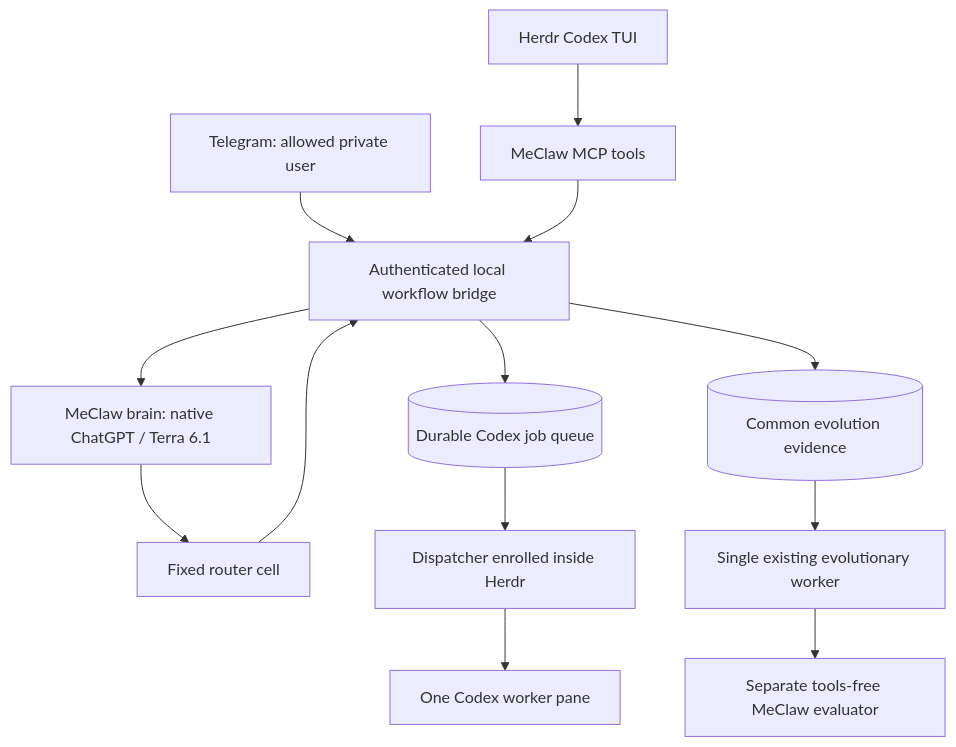
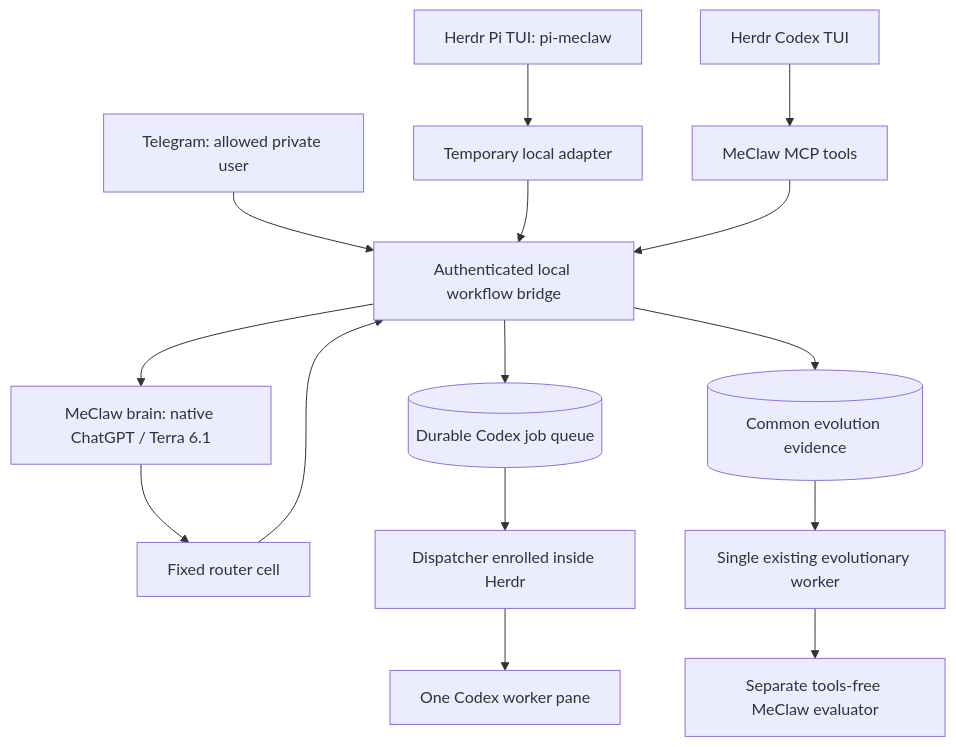
Before and after one commit to evian2389/guix-system: the diagram in doc/ai-workflow/MECLAW.md, drawn with Mermaid. The commit also changed other lines of this file and 9 other files, not shown here.

````diff
--- a/doc/ai-workflow/MECLAW.md
+++ b/doc/ai-workflow/MECLAW.md
@@ -23,15 +24,17 @@
 ```mermaid
 flowchart TD
   T[Telegram: allowed private user] --> G[Authenticated local workflow bridge]
+  P[Herdr Pi TUI: pi-meclaw] --> A[Temporary local adapter]
+  A --> G
   C[Herdr Codex TUI] --> MCP[MeClaw MCP tools]
   MCP --> G
   G --> B[MeClaw brain: native ChatGPT / Terra 6.1]
   B --> R[Fixed router cell]
   R --> G
   G --> Q[(Durable Codex job queue)]
   Q --> D[Dispatcher enrolled inside Herdr]
   D --> W[One Codex worker pane]
   G --> E[(Common evolution evidence)]
   E --> F[Single existing evolutionary worker]
   F --> V[Separate tools-free MeClaw evaluator]
 ```
````
